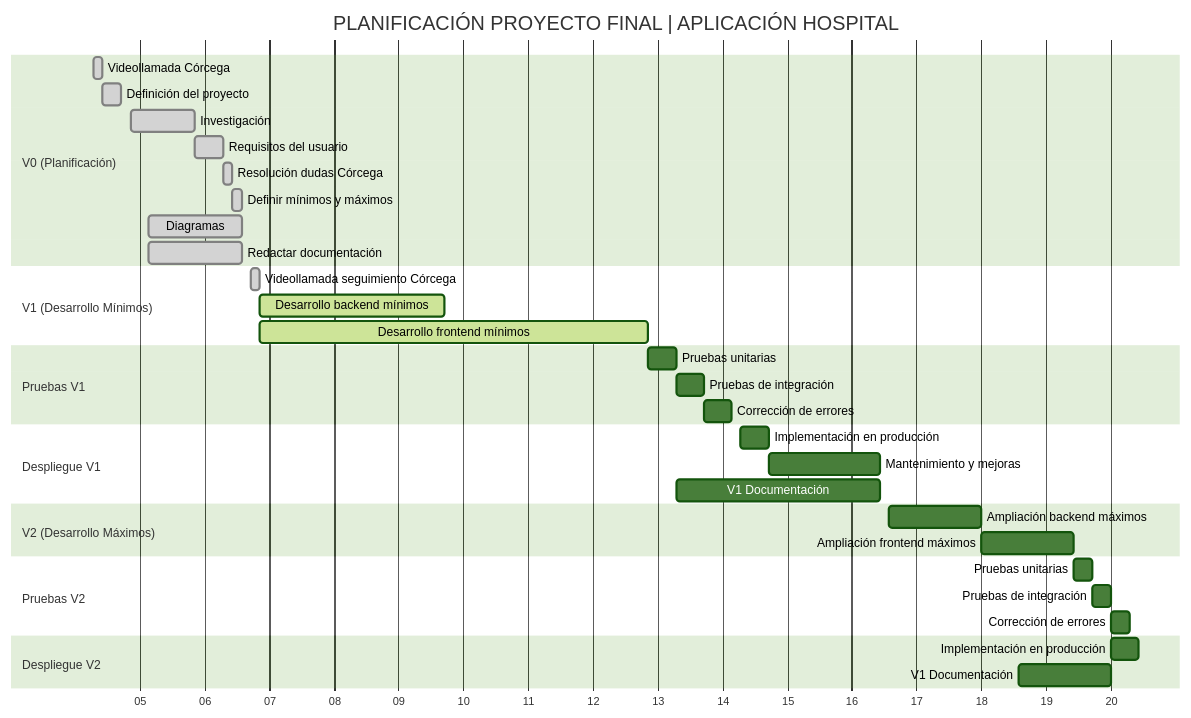
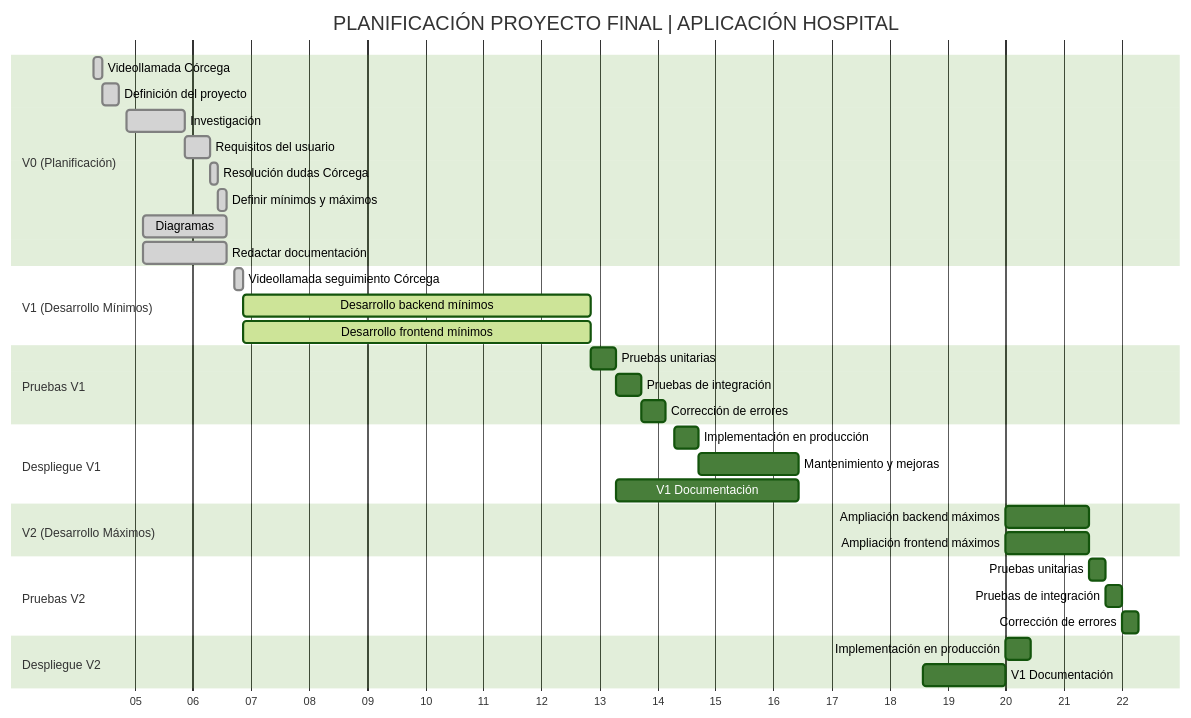
The first of 2 diagrams in README.md (Cri4tura/Hospital-Front-end), drawn with Mermaid (forest theme) before and after one commit.

````diff
--- a/README.md
+++ b/README.md
@@ -39,44 +39,44 @@
 ```mermaid
 gantt
     title PLANIFICACIÓN PROYECTO FINAL | APLICACIÓN HOSPITAL
     dateFormat  YYYY-MM-DD
     axisFormat %W
 
     section V0 (Planificación)
     Videollamada Córcega          :done, v0a, 2025-02-04, 1d
     Definición del proyecto       :done, v0b, 2025-02-05, 2d
     Investigación                 :done, v0c, 2025-02-08, 7d
     Requisitos del usuario        :done, v0d, 2025-02-15, 3d
     Resolución dudas Córcega      :done, v0e, 2025-02-18, 1d
     Definir mínimos y máximos     :done, v0f, 2025-02-19, 1d
     Diagramas                     :done, v0g, 2025-02-10, 10d
     Redactar documentación        :done, v0h, 2025-02-10, 10d
 
     section V1 (Desarrollo Mínimos)
     Videollamada seguimiento Córcega    :done,  v1a, 2025-02-21, 1d
-    Desarrollo backend mínimos          :active, v1b, after v1a, 20d
+    Desarrollo backend mínimos          :active, v1b, after v1a, 2025-04-05
     Desarrollo frontend mínimos         :active, v1c, after v1a, 2025-04-05
 
     section Pruebas V1
     Pruebas unitarias                   : des1, after v1c, 3d
     Pruebas de integración              : 3d
     Corrección de errores               : 3d
 
     section Despliegue V1
     Implementación en producción        : des4, 2025-04-15, 3d
     Mantenimiento y mejoras             : des5, 2025-04-18, 2025-04-30
     V1 Documentación                    : des6, after des1, 2025-04-30
 
     section V2 (Desarrollo Máximos)
-    Ampliación backend máximos          : v2a, 2025-05-01, 10d
-    Ampliación frontend máximos         : v2b, after v2a, 10d
+    Ampliación backend máximos          : v2a, after des6, 10d
+    Ampliación frontend máximos         : v2b, after des6, 10d
 
     section Pruebas V2
     Pruebas unitarias                   : des7, after v2b, 2d
     Pruebas de integración              : des8, after des7, 2d
     Corrección de errores               : des9, after des8, 2d
 
     section Despliegue V2
     Implementación en producción        : des10, 2025-05-25, 3d
     V1 Documentación                    : des6, 2025-05-15, 2025-05-25
 ```
````
